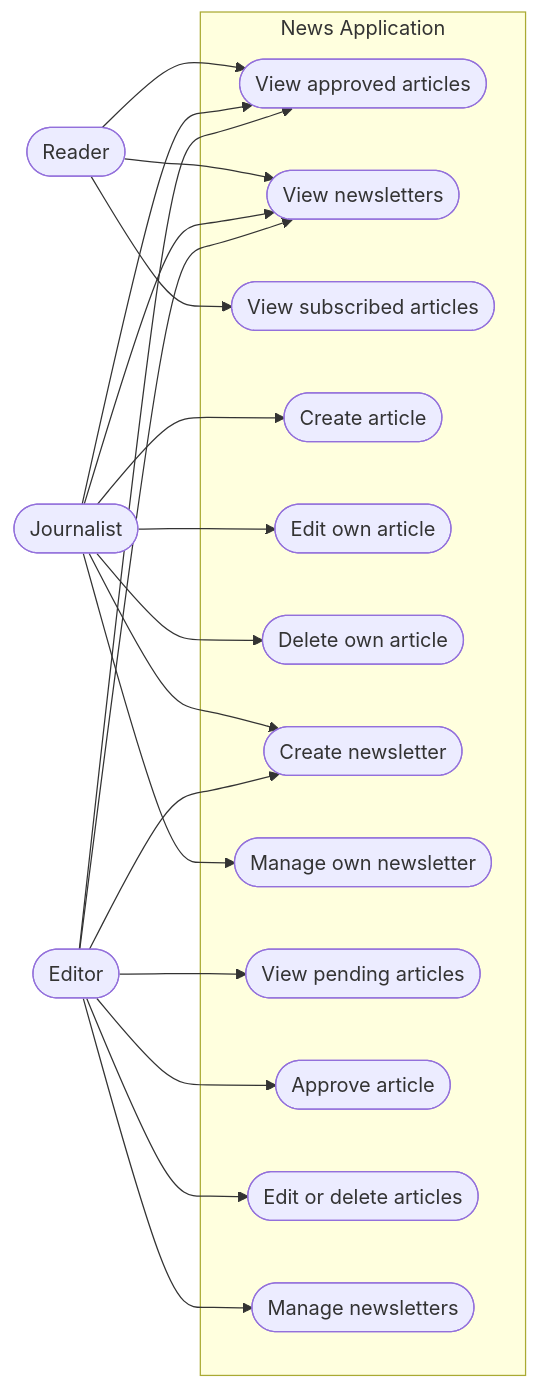
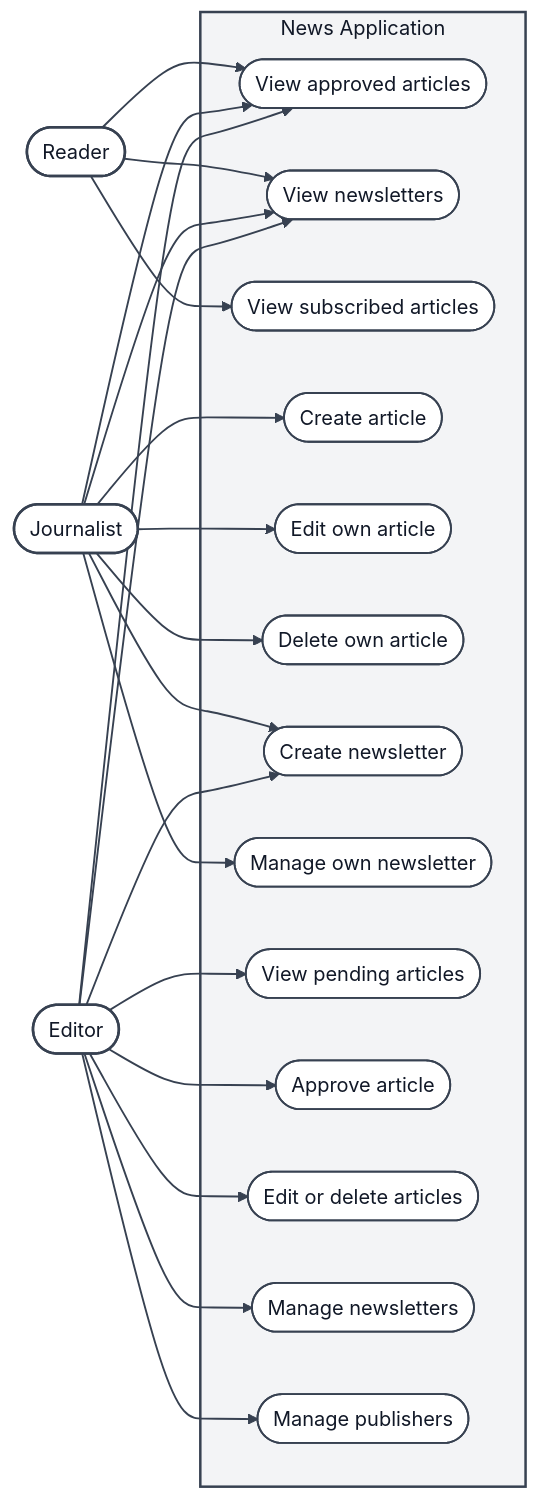
One commit to Muhali2032/news-application changed the first of 3 diagrams in docs/system_design.md. Above: the diagram before and after it, drawn with Mermaid. The commit also changed other lines of this file and 15 other files, not shown here.

````diff
--- a/docs/system_design.md
+++ b/docs/system_design.md
@@ -14,41 +14,53 @@
 ```mermaid
+%%{init: {"theme": "base", "themeVariables": {"primaryColor": "#ffffff", "primaryTextColor": "#111827", "primaryBorderColor": "#374151", "lineColor": "#374151", "secondaryColor": "#f3f4f6", "tertiaryColor": "#ffffff", "actorBkg": "#ffffff", "actorTextColor": "#111827", "actorBorder": "#374151", "signalColor": "#111827", "signalTextColor": "#111827", "noteBkgColor": "#fff7cc", "noteTextColor": "#111827", "noteBorderColor": "#9ca3af"}}}%%
+
 flowchart LR
 Reader([Reader])
 Journalist([Journalist])
 Editor([Editor])
 
 subgraph NewsApplication["News Application"]
     ViewArticles([View approved articles])
     ViewNewsletters([View newsletters])
     ViewSubscriptions([View subscribed articles])
     CreateArticle([Create article])
     EditOwnArticle([Edit own article])
     DeleteOwnArticle([Delete own article])
     CreateNewsletter([Create newsletter])
     ManageOwnNewsletter([Manage own newsletter])
     ReviewArticles([View pending articles])
     ApproveArticle([Approve article])
     ManageArticles([Edit or delete articles])
     ManageNewsletters([Manage newsletters])
+    ManagePublishers([Manage publishers])
 end
 
 Reader --> ViewArticles
 Reader --> ViewNewsletters
 Journalist --> ViewNewsletters
 Editor --> ViewNewsletters
 Reader --> ViewSubscriptions
 
 Journalist --> ViewArticles
 Journalist --> CreateArticle
 Journalist --> EditOwnArticle
 Journalist --> DeleteOwnArticle
 Journalist --> CreateNewsletter
 Journalist --> ManageOwnNewsletter
 
 Editor --> ViewArticles
 Editor --> ReviewArticles
 Editor --> ApproveArticle
 Editor --> ManageArticles
 Editor --> CreateNewsletter
 Editor --> ManageNewsletters
+Editor --> ManagePublishers
+
+classDef actor fill:#ffffff,stroke:#374151,color:#111827,stroke-width:2px
+classDef usecase fill:#ffffff,stroke:#374151,color:#111827,stroke-width:1.5px
+class Reader,Journalist,Editor actor
+class ViewArticles,ViewNewsletters,ViewSubscriptions,CreateArticle,EditOwnArticle,DeleteOwnArticle,CreateNewsletter,ManageOwnNewsletter,ReviewArticles,ApproveArticle,ManageArticles,ManageNewsletters,ManagePublishers usecase
+style NewsApplication fill:#f3f4f6,stroke:#374151,color:#111827,stroke-width:2px
+linkStyle default stroke:#374151,stroke-width:1.5px
+
 ```
````
